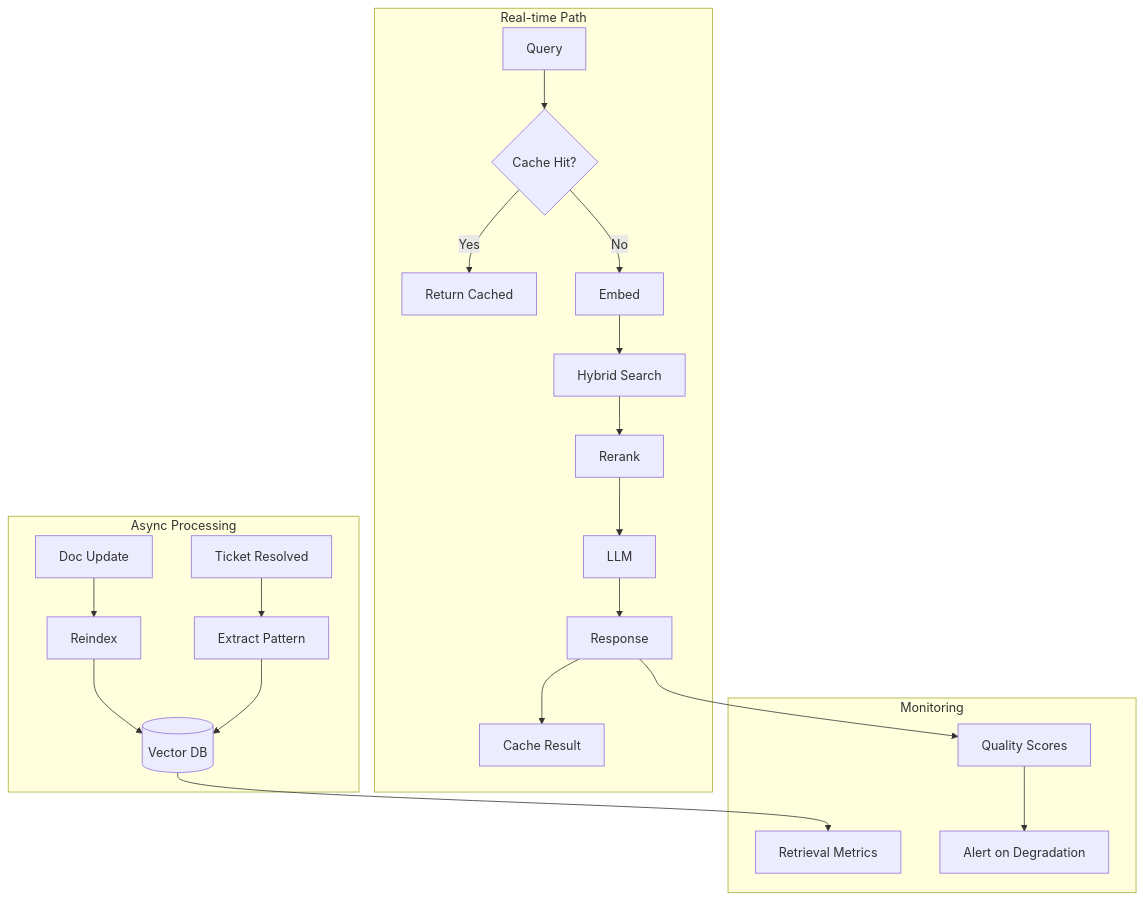
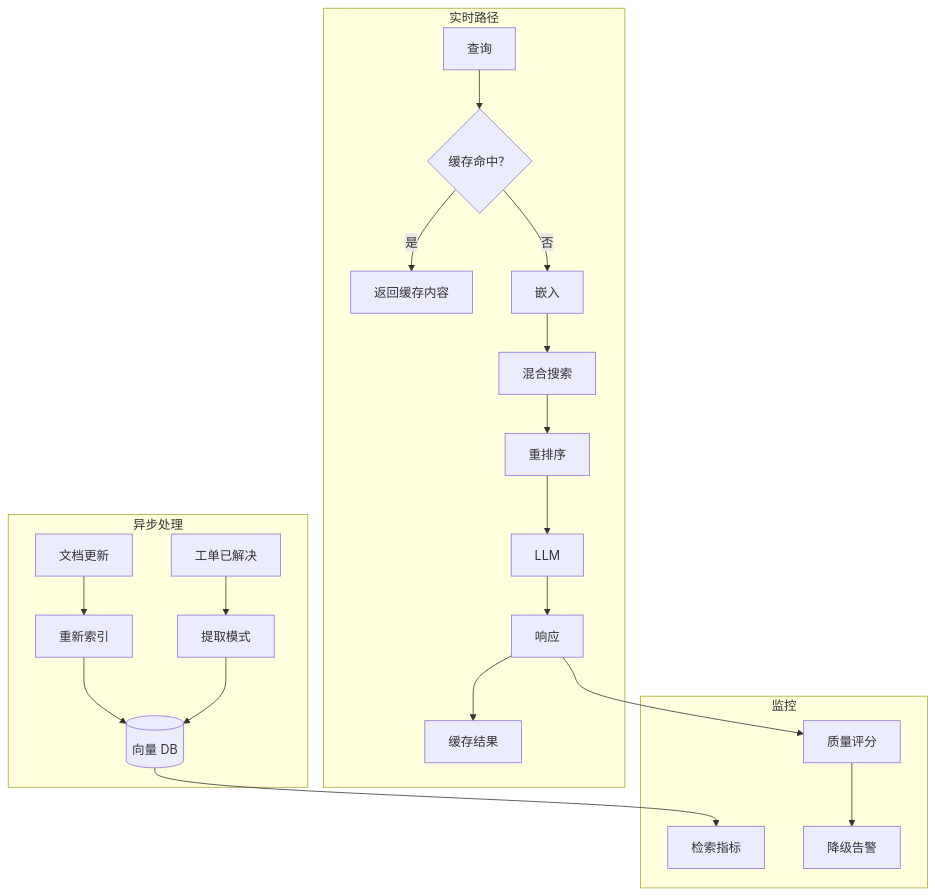
The fourth of 4 diagrams in i18n/zh/docusaurus-plugin-content-docs/current/07-rag-architecture.md (stars-labs/ai-driven-customer-service), drawn with Mermaid before and after one commit. The commit also changed other lines of this file and 15 other files, not shown here.

````diff
--- a/i18n/zh/docusaurus-plugin-content-docs/current/07-rag-architecture.md
+++ b/i18n/zh/docusaurus-plugin-content-docs/current/07-rag-architecture.md
@@ -257,26 +257,26 @@
 ```mermaid
 flowchart TB
-    subgraph Realtime["Real-time Path"]
-        Q[Query] --> Cache{Cache Hit?}
-        Cache -->|Yes| R[Return Cached]
-        Cache -->|No| Embed[Embed]
-        Embed --> Search[Hybrid Search]
-        Search --> Rerank[Rerank]
+    subgraph Realtime["实时路径"]
+        Q[查询] --> Cache{缓存命中？}
+        Cache -->|是| R[返回缓存内容]
+        Cache -->|否| Embed[嵌入]
+        Embed --> Search[混合搜索]
+        Search --> Rerank[重排序]
         Rerank --> LLM[LLM]
-        LLM --> Response
-        Response --> Cache2[Cache Result]
+        LLM --> Response[响应]
+        Response --> Cache2[缓存结果]
     end
 
-    subgraph Async["Async Processing"]
-        DocUpdate[Doc Update] --> Reindex[Reindex]
-        Reindex --> VectorDB[(Vector DB)]
-        TicketRes[Ticket Resolved] --> Extract[Extract Pattern]
+    subgraph Async["异步处理"]
+        DocUpdate[文档更新] --> Reindex[重新索引]
+        Reindex --> VectorDB[(向量 DB)]
+        TicketRes[工单已解决] --> Extract[提取模式]
         Extract --> VectorDB
     end
 
-    subgraph Monitor["Monitoring"]
-        VectorDB --> Metrics[Retrieval Metrics]
-        Response --> Quality[Quality Scores]
-        Quality --> Alerts[Alert on Degradation]
+    subgraph Monitor["监控"]
+        VectorDB --> Metrics[检索指标]
+        Response --> Quality[质量评分]
+        Quality --> Alerts[降级告警]
     end
 ```
````
